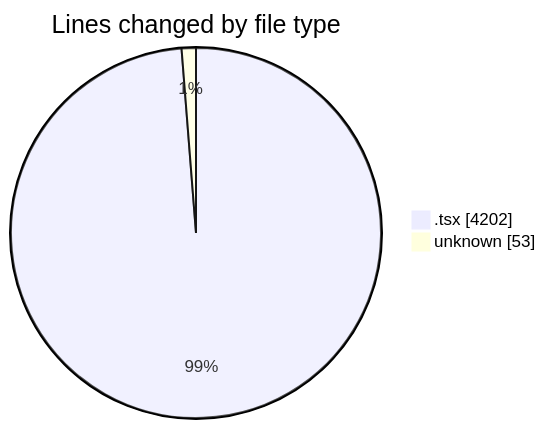
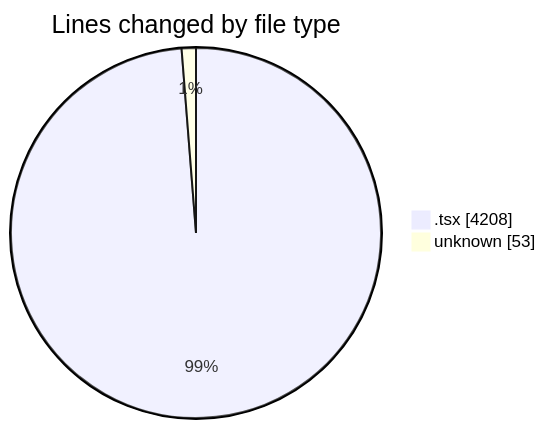
Before and after one commit to JenPaints/code-tracking: the first of 2 diagrams in 2025-05-29/kimberly-groups/README.md, drawn with Mermaid. The commit also changed other lines of this file and 1 other file, not shown here.

````diff
--- a/2025-05-29/kimberly-groups/README.md
+++ b/2025-05-29/kimberly-groups/README.md
@@ -29,6 +29,6 @@
 ```mermaid
 pie showData
 title Lines changed by file type
-".tsx" : 4202
+".tsx" : 4208
 "unknown" : 53
 ```
````
